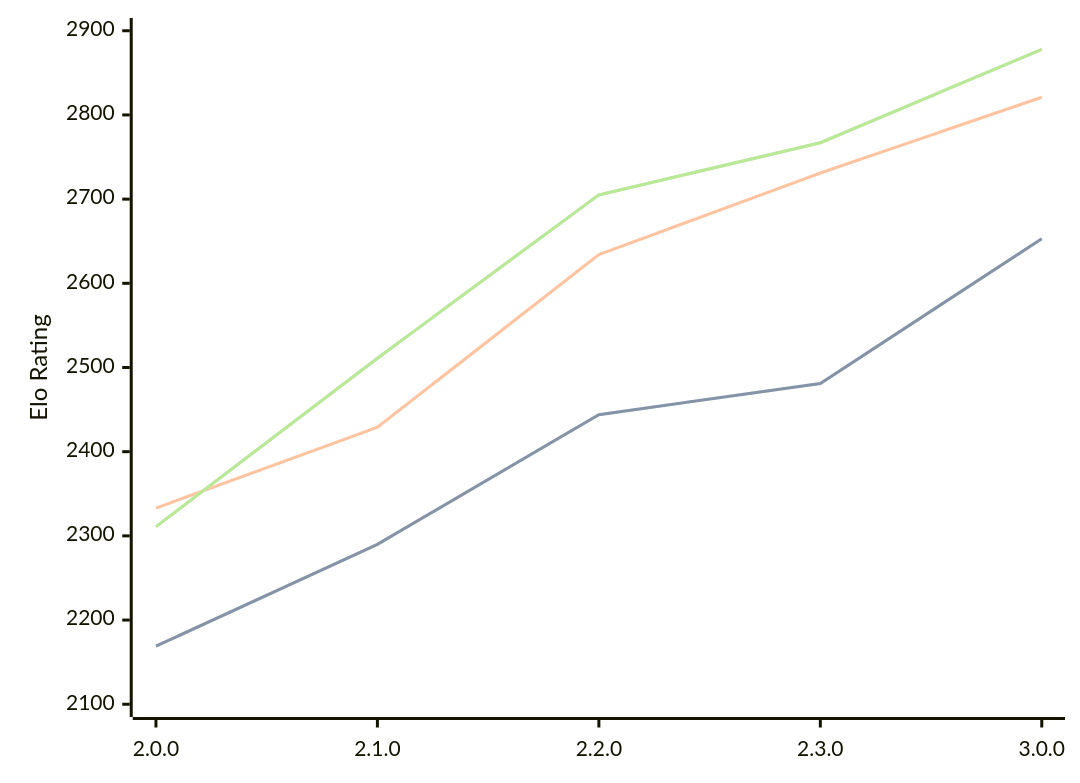
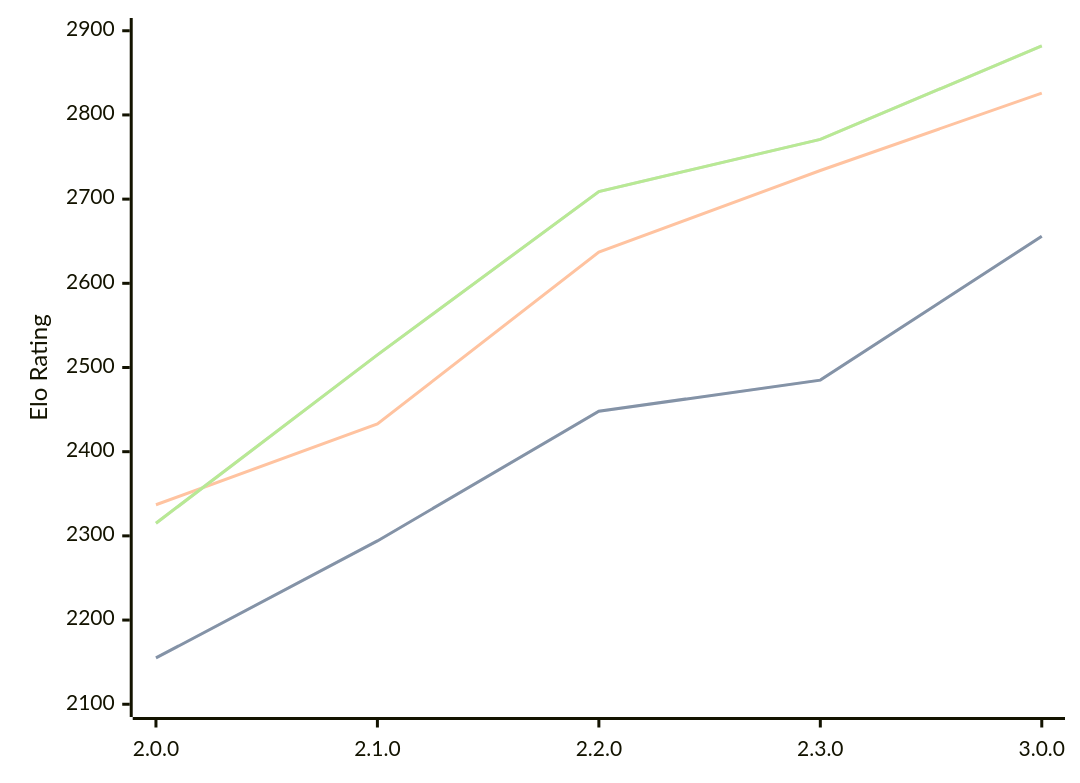
One commit to computer-chess-index/cci changed the diagram in engines/Raphael.md. Above: the diagram before and after it, drawn with Mermaid. The commit also changed other lines of this file, not shown here.

Commit message:
Update CCI Ratings (ELO VLTC) - 2026-02-24

````diff
--- a/engines/Raphael.md
+++ b/engines/Raphael.md
@@ -44,11 +44,11 @@
 ```mermaid
 %%{init: {"theme":"base","themeVariables":{"seriesColors:['#a3a3a3','#222221','#faa371']}}}%%
 xychart-beta
   x-axis ["2.0.0", "2.1.0", "2.2.0", "2.3.0", "3.0.0"]
   y-axis "Elo Rating" 2100 --> 2900
-  line "STC (8.0+0.08s)" [2169, 2290, 2444, 2481, 2653]
-  line "STC (8.0+0.08s)" [2169, 2290, 2444, 2481, 2653]
-  line "LTC (60.0+0.60s)" [2333, 2429, 2634, 2731, 2821]
-  line "VLTC (2m24s+1.12s)" [2311, 2511, 2705, 2767, 2878]
-  line "VLTC (2m24s+1.12s)" [2311, 2511, 2705, 2767, 2878]
+  line "STC (8.0+0.08s)" [2155, 2294, 2448, 2485, 2656]
+  line "STC (8.0+0.08s)" [2155, 2294, 2448, 2485, 2656]
+  line "LTC (60.0+0.60s)" [2337, 2433, 2637, 2734, 2826]
+  line "VLTC (2m24s+1.12s)" [2315, 2515, 2709, 2771, 2882]
+  line "VLTC (2m24s+1.12s)" [2315, 2515, 2709, 2771, 2882]
 ```
````
